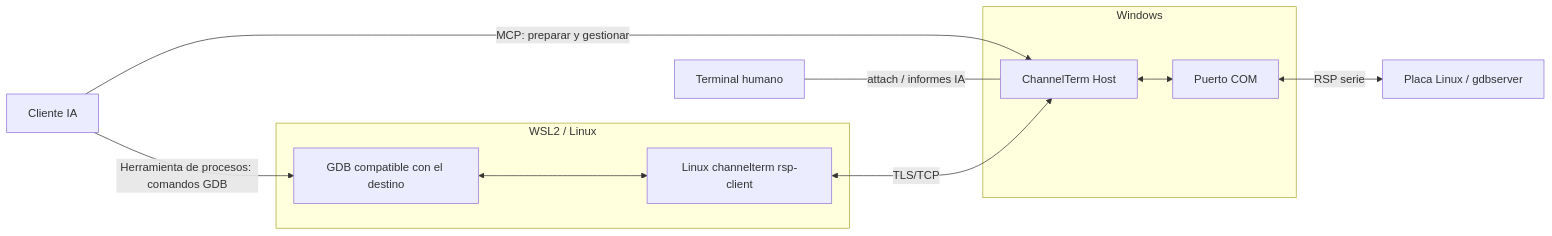
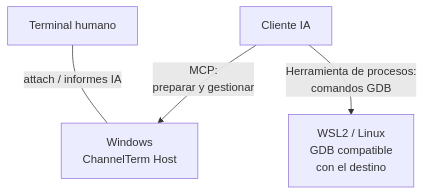
The first of 3 diagrams in README.es.md (akira-init1/ChannelTerm), drawn with Mermaid before and after one commit. The commit also changed other lines of this file and 13 other files, not shown here.

First line of the commit message:
docs(diagrams): clarify shared terminal and debugger data flows

````diff
--- a/README.es.md
+++ b/README.es.md
@@ -255,21 +257,10 @@
 ```mermaid
-flowchart LR
+flowchart TB
     AI["Cliente IA"]
     Human["Terminal humano"]
-    subgraph Windows
-        Host["ChannelTerm Host"]
-        COM["Puerto COM"]
-        Host <--> COM
-    end
-    subgraph WSL2["WSL2 / Linux"]
-        GDB["GDB compatible con el destino"]
-        Helper["Linux channelterm rsp-client"]
-        GDB <--> Helper
-    end
-    Board["Placa Linux / gdbserver"]
-    AI -->|"MCP: preparar y gestionar"| Host
-    AI -->|"Herramienta de procesos: comandos GDB"| GDB
+    Host["Windows<br/>ChannelTerm Host"]
+    GDB["WSL2 / Linux<br/>GDB compatible<br/>con el destino"]
+    AI -->|"MCP:<br/>preparar y gestionar"| Host
+    AI -->|"Herramienta de procesos:<br/>comandos GDB"| GDB
     Human ---|"attach / informes IA"| Host
-    Helper <-->|"TLS/TCP"| Host
-    COM <-->|"RSP serie"| Board
 ```
````
